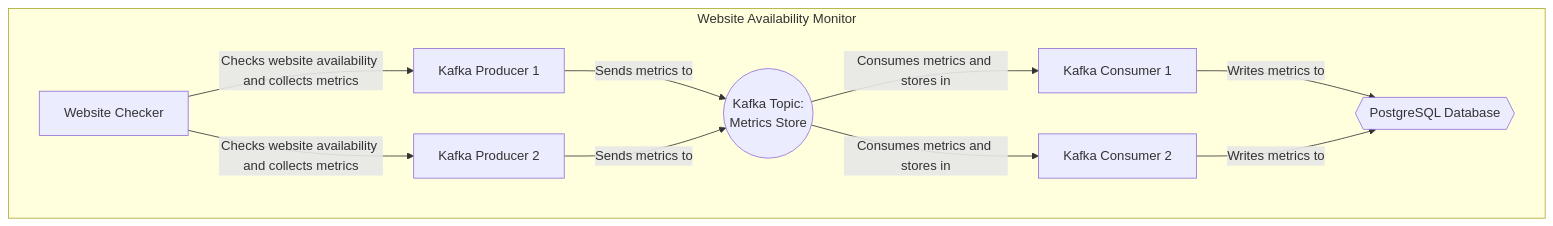
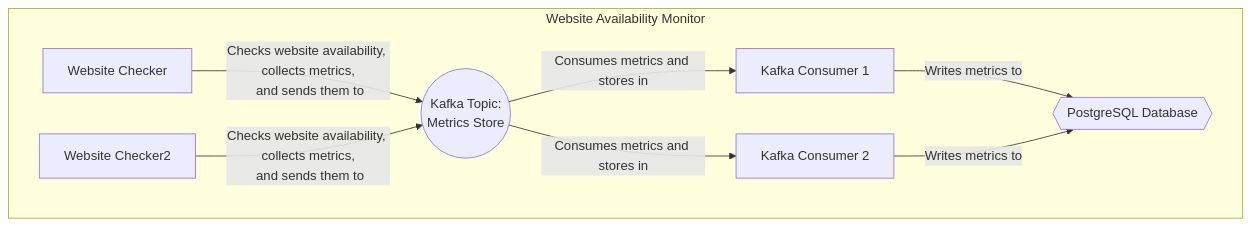
Before and after one commit to connormclaud/WebsiteAvailabilityMonitor: the diagram in README.md, drawn with Mermaid. The commit also changed 8 other files, not shown here.

````diff
--- a/README.md
+++ b/README.md
@@ -71,13 +71,11 @@
 ```mermaid
 graph TD
   subgraph Website Availability Monitor
-    WebsiteChecker["Website Checker"] -->|Checks website availability and collects metrics| KafkaProducer1["Kafka Producer 1"]
-    WebsiteChecker -->|Checks website availability and collects metrics| KafkaProducer2["Kafka Producer 2"]
-    KafkaProducer1 -->|Sends metrics to| KafkaTopic["Kafka Topic"]
-    KafkaProducer2 -->|Sends metrics to| KafkaTopic
+    WebsiteChecker["Website Checker"] -->|Checks website availability, collects metrics,<br/> and sends them to| KafkaTopic["Kafka Topic"]
+    WebsiteChecker2["Website Checker2"] -->|Checks website availability, collects metrics,<br/> and sends them to| KafkaTopic["Kafka Topic"]
     KafkaTopic(("Kafka Topic: <br/> Metrics Store")) -->|Consumes metrics and stores in| KafkaConsumer1["Kafka Consumer 1"]
     KafkaTopic -->|Consumes metrics and stores in| KafkaConsumer2["Kafka Consumer 2"]
     KafkaConsumer1 -->|Writes metrics to| PostgreSQLDatabase{{PostgreSQL Database}}
     KafkaConsumer2 -->|Writes metrics to| PostgreSQLDatabase
 end
 ```
````
